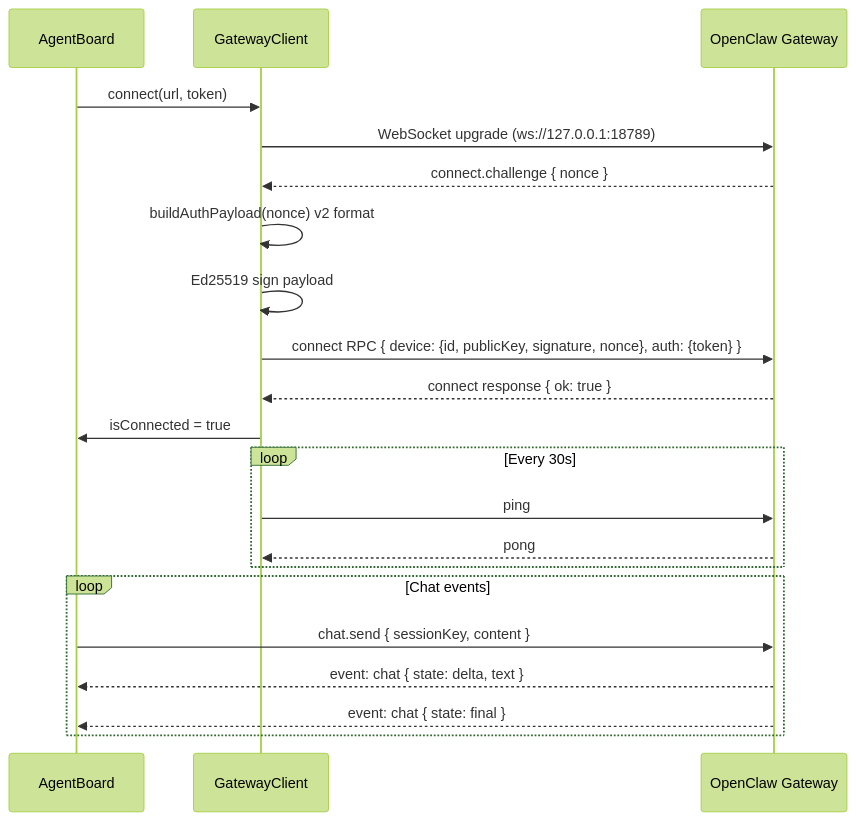
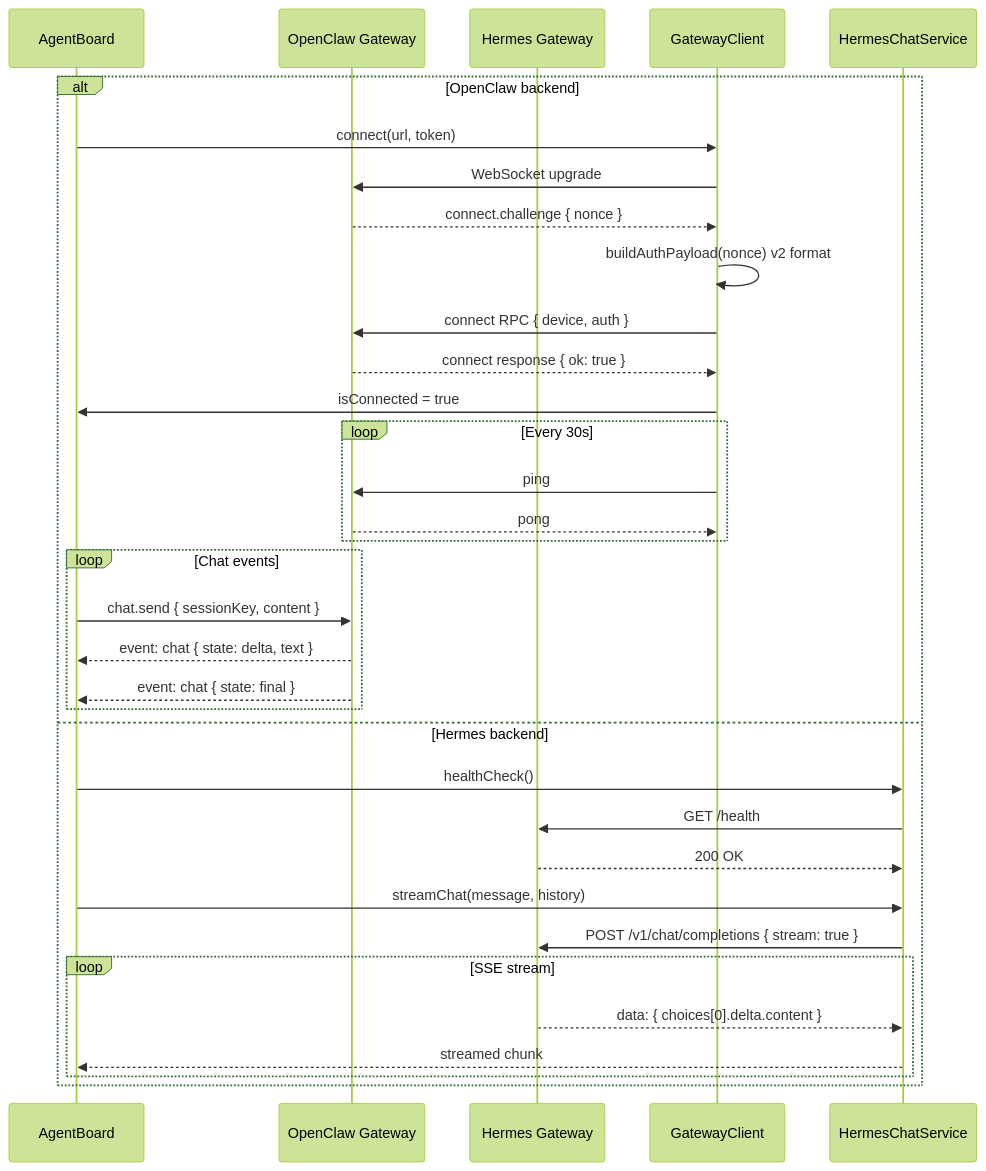
One commit to jbcrane13/AgentBoard changed the second of 2 diagrams in docs/architecture.md. Above: the diagram before and after it, drawn with Mermaid (forest theme). The commit also changed other lines of this file and 25 other files, not shown here.

Commit message:
Add Hermes gateway chat backend

````diff
--- a/docs/architecture.md
+++ b/docs/architecture.md
@@ -81,24 +85,37 @@
 ```mermaid
 sequenceDiagram
     participant App as AgentBoard
-    participant GC as GatewayClient
-    participant GW as OpenClaw Gateway
+    participant OC as OpenClaw Gateway
+    participant HG as Hermes Gateway
+    participant WS as GatewayClient
+    participant HS as HermesChatService
 
-    App->>GC: connect(url, token)
-    GC->>GW: WebSocket upgrade (ws://127.0.0.1:18789)
-    GW-->>GC: connect.challenge { nonce }
-    GC->>GC: buildAuthPayload(nonce) v2 format
-    GC->>GC: Ed25519 sign payload
-    GC->>GW: connect RPC { device: {id, publicKey, signature, nonce}, auth: {token} }
-    GW-->>GC: connect response { ok: true }
-    GC->>App: isConnected = true
-    loop Every 30s
-        GC->>GW: ping
-        GW-->>GC: pong
-    end
-    loop Chat events
-        App->>GW: chat.send { sessionKey, content }
-        GW-->>App: event: chat { state: delta, text }
-        GW-->>App: event: chat { state: final }
+    alt OpenClaw backend
+        App->>WS: connect(url, token)
+        WS->>OC: WebSocket upgrade
+        OC-->>WS: connect.challenge { nonce }
+        WS->>WS: buildAuthPayload(nonce) v2 format
+        WS->>OC: connect RPC { device, auth }
+        OC-->>WS: connect response { ok: true }
+        WS->>App: isConnected = true
+        loop Every 30s
+            WS->>OC: ping
+            OC-->>WS: pong
+        end
+        loop Chat events
+            App->>OC: chat.send { sessionKey, content }
+            OC-->>App: event: chat { state: delta, text }
+            OC-->>App: event: chat { state: final }
+        end
+    else Hermes backend
+        App->>HS: healthCheck()
+        HS->>HG: GET /health
+        HG-->>HS: 200 OK
+        App->>HS: streamChat(message, history)
+        HS->>HG: POST /v1/chat/completions { stream: true }
+        loop SSE stream
+            HG-->>HS: data: { choices[0].delta.content }
+            HS-->>App: streamed chunk
+        end
     end
 ```
````
